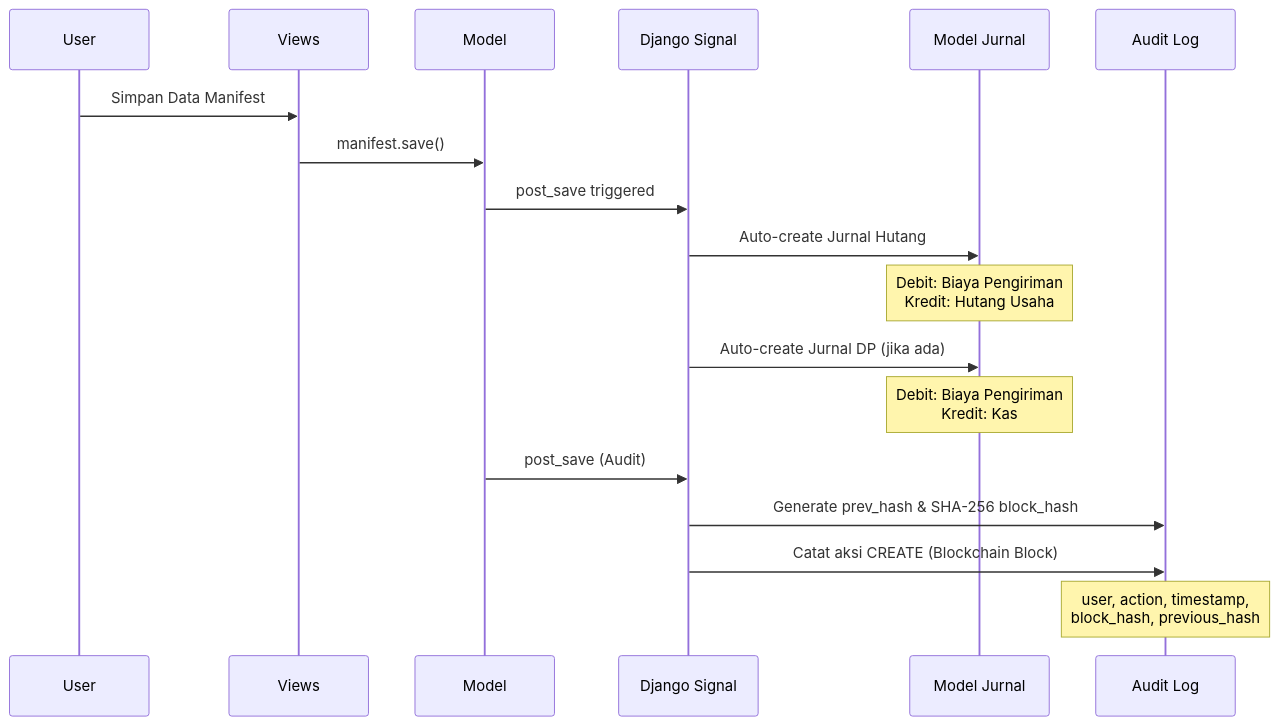
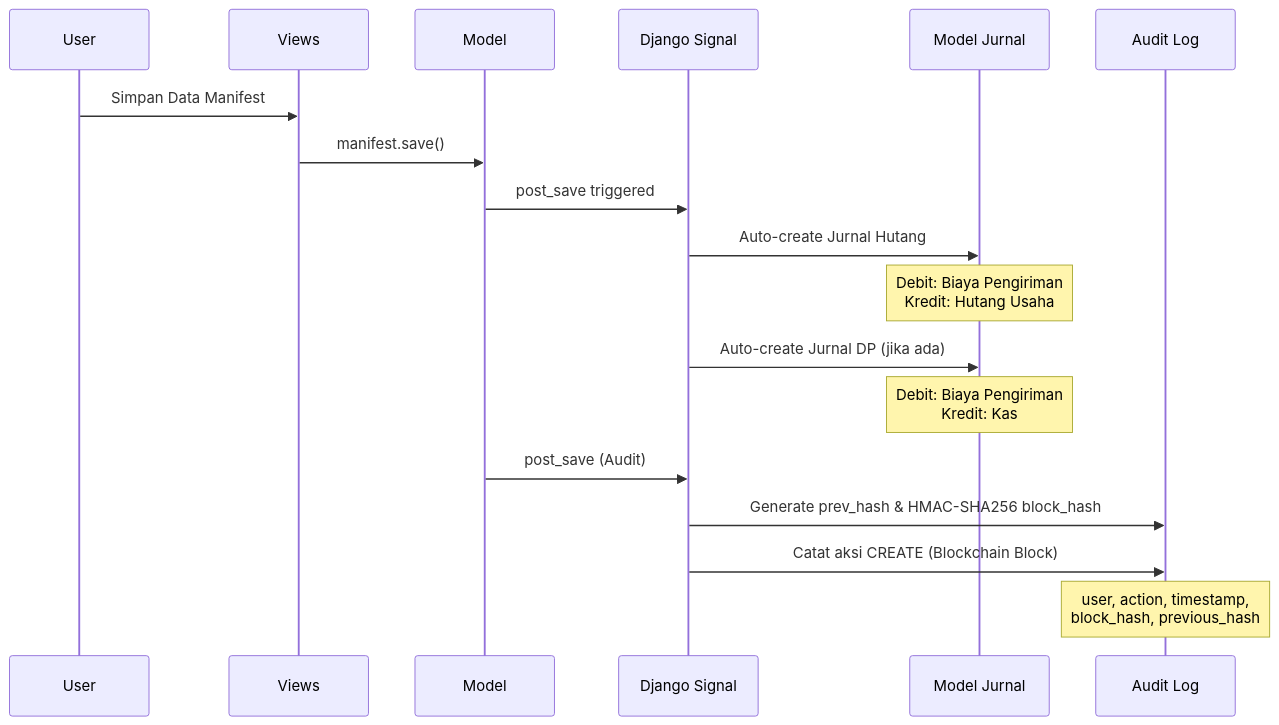
Before and after one commit to bmmcargo/dashboard-accountant: the fifth of 7 diagrams in README.md, drawn with Mermaid. The commit also changed other lines of this file and 7 other files, not shown here.

Commit message:
feat: enhance blockchain audit trail with HMAC-SHA256, add integrity verification tests, and improve documentation

````diff
--- a/README.md
+++ b/README.md
@@ -444,21 +446,21 @@
 ```mermaid
 sequenceDiagram
     participant User
     participant Views
     participant Model
     participant Signal as Django Signal
     participant Jurnal as Model Jurnal
     participant AuditLog as Audit Log
 
     User->>Views: Simpan Data Manifest
     Views->>Model: manifest.save()
     Model->>Signal: post_save triggered
     Signal->>Jurnal: Auto-create Jurnal Hutang
     Note over Jurnal: Debit: Biaya Pengiriman<br/>Kredit: Hutang Usaha
     Signal->>Jurnal: Auto-create Jurnal DP (jika ada)
     Note over Jurnal: Debit: Biaya Pengiriman<br/>Kredit: Kas
     Model->>Signal: post_save (Audit)
-    Signal->>AuditLog: Generate prev_hash & SHA-256 block_hash
+    Signal->>AuditLog: Generate prev_hash & HMAC-SHA256 block_hash
     Signal->>AuditLog: Catat aksi CREATE (Blockchain Block)
     Note over AuditLog: user, action, timestamp,<br/>block_hash, previous_hash
 ```
````
